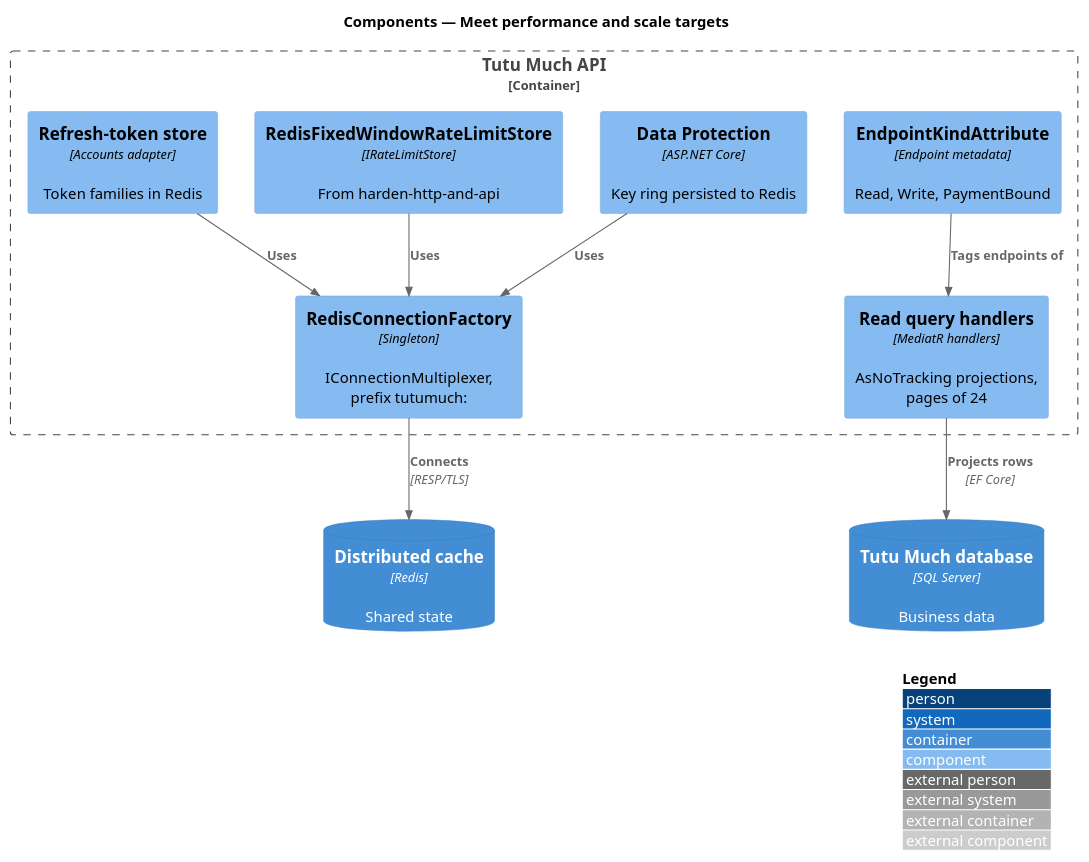
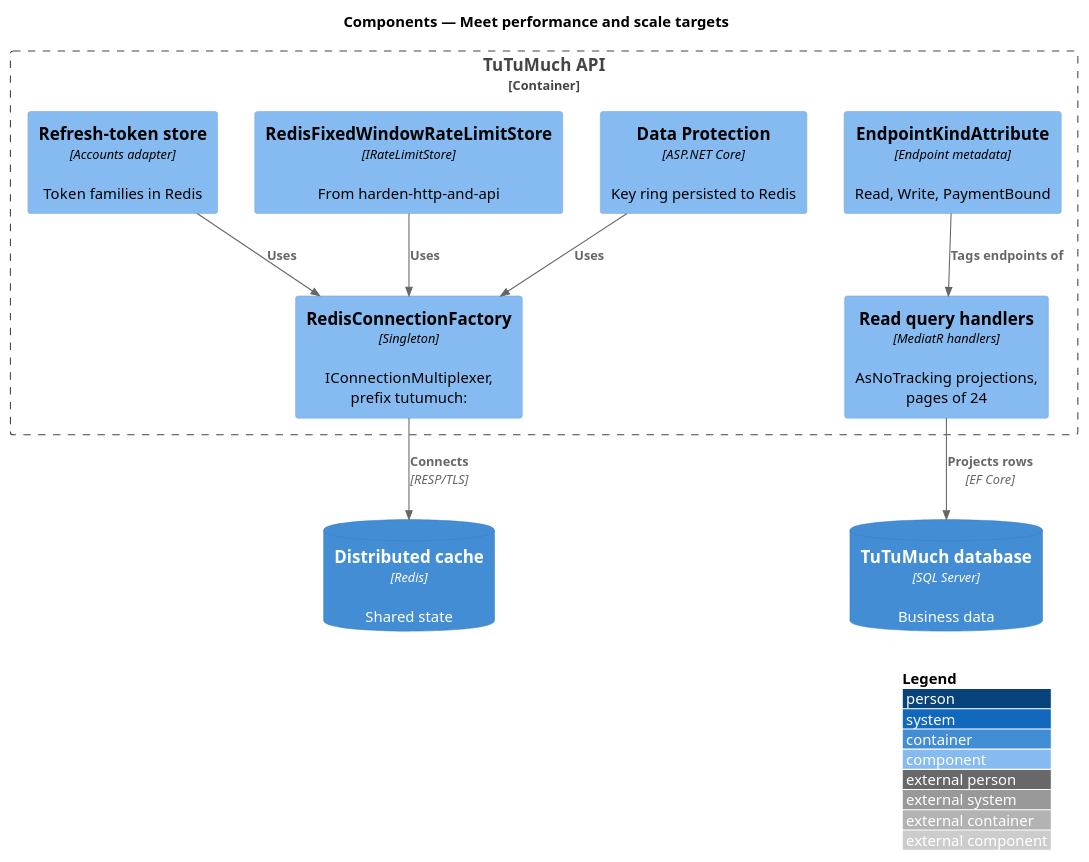
One commit to QuinntyneBrown/tutumuch changed the diagram in docs/detailed-designs/platform/meet-performance-and-scale/diagrams/c4-component.puml. Above: the diagram before and after it, drawn with PlantUML. The commit also changed 1004 other files, not shown here.

```diff
--- a/docs/detailed-designs/platform/meet-performance-and-scale/diagrams/c4-component.puml
+++ b/docs/detailed-designs/platform/meet-performance-and-scale/diagrams/c4-component.puml
@@ -1,23 +1,23 @@
 @startuml
 !include <C4/C4_Component>
 LAYOUT_WITH_LEGEND()
 title Components — Meet performance and scale targets
 
-Container_Boundary(api, "Tutu Much API") {
+Container_Boundary(api, "TuTuMuch API") {
   Component(kind, "EndpointKindAttribute", "Endpoint metadata", "Read, Write, PaymentBound")
   Component(dp, "Data Protection", "ASP.NET Core", "Key ring persisted to Redis")
   Component(rlstore, "RedisFixedWindowRateLimitStore", "IRateLimitStore", "From harden-http-and-api")
   Component(tokens, "Refresh-token store", "Accounts adapter", "Token families in Redis")
   Component(factory, "RedisConnectionFactory", "Singleton", "IConnectionMultiplexer, prefix tutumuch:")
   Component(queries, "Read query handlers", "MediatR handlers", "AsNoTracking projections, pages of 24")
 }
 ContainerDb(cache, "Distributed cache", "Redis", "Shared state")
-ContainerDb(db, "Tutu Much database", "SQL Server", "Business data")
+ContainerDb(db, "TuTuMuch database", "SQL Server", "Business data")
 
 Rel(dp, factory, "Uses")
 Rel(rlstore, factory, "Uses")
 Rel(tokens, factory, "Uses")
 Rel(factory, cache, "Connects", "RESP/TLS")
 Rel(queries, db, "Projects rows", "EF Core")
 Rel(kind, queries, "Tags endpoints of")
 @enduml
```
